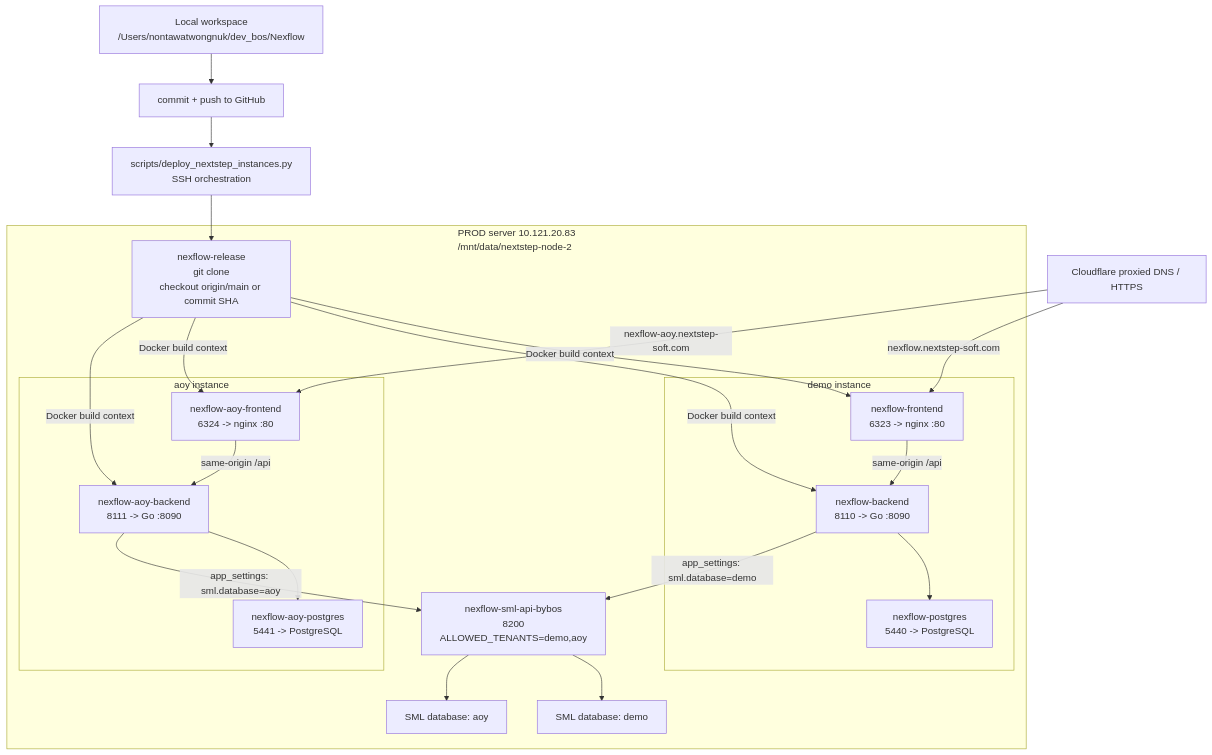
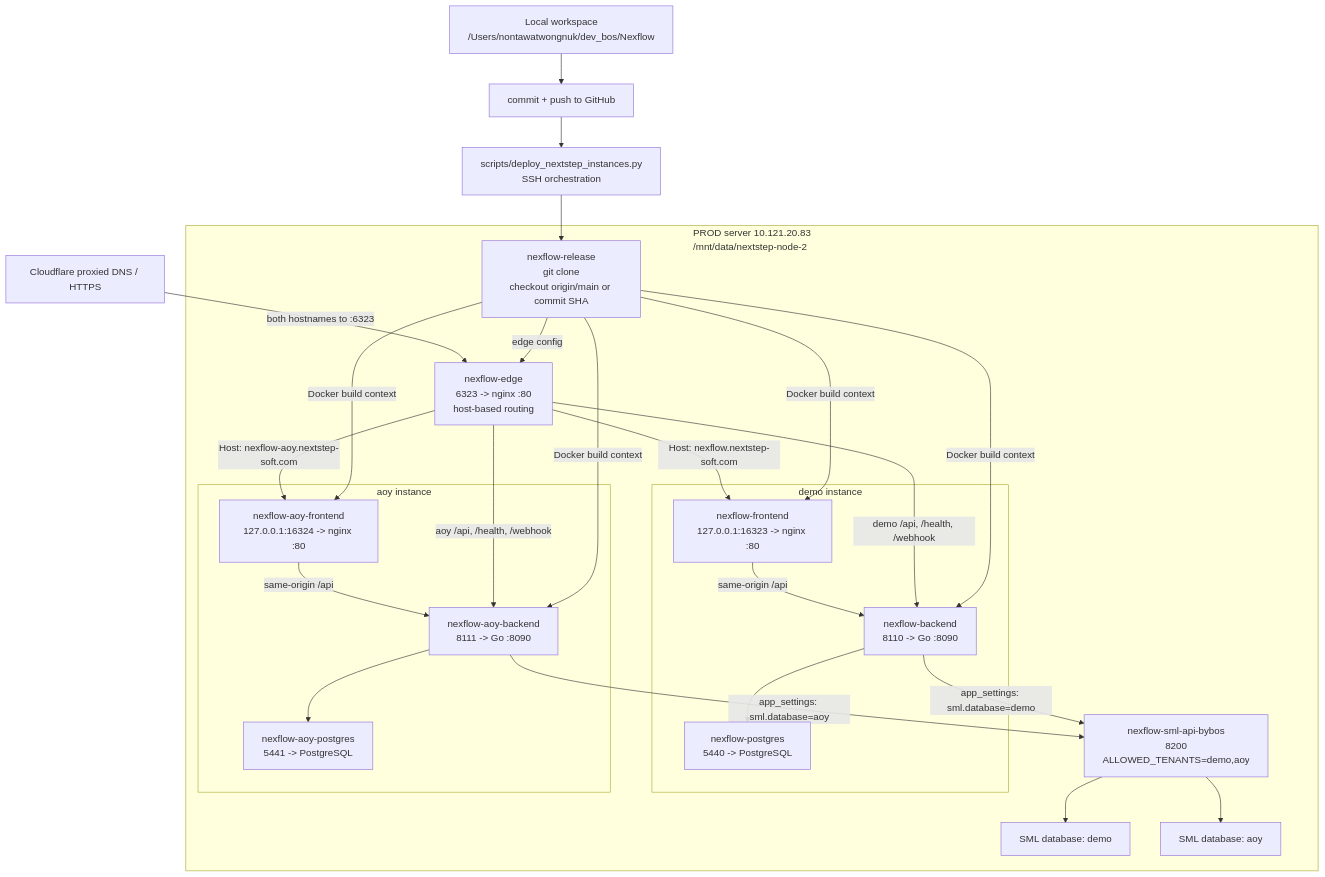
Before and after one commit to bosocmputer/Nexflow: the diagram in docs/nextstep-server-deploy-flow.md, drawn with Mermaid. The commit also changed other lines of this file and 6 other files, not shown here.

Commit message:
Add NextStep edge nginx routing

````diff
--- a/docs/nextstep-server-deploy-flow.md
+++ b/docs/nextstep-server-deploy-flow.md
@@ -29,47 +38,52 @@
 ```mermaid
 flowchart TB
   Dev["Local workspace<br/>/Users/nontawatwongnuk/dev_bos/Nexflow"]
   Commit["commit + push to GitHub"]
   Script["scripts/deploy_nextstep_instances.py<br/>SSH orchestration"]
 
   Dev --> Commit --> Script
 
   subgraph Server["PROD server 10.121.20.83<br/>/mnt/data/nextstep-node-2"]
     Release["nexflow-release<br/>git clone<br/>checkout origin/main or commit SHA"]
+    Edge["nexflow-edge<br/>6323 -> nginx :80<br/>host-based routing"]
 
     subgraph Demo["demo instance"]
-      DemoFE["nexflow-frontend<br/>6323 -> nginx :80"]
+      DemoFE["nexflow-frontend<br/>127.0.0.1:16323 -> nginx :80"]
       DemoBE["nexflow-backend<br/>8110 -> Go :8090"]
       DemoDB["nexflow-postgres<br/>5440 -> PostgreSQL"]
       DemoFE -->|"same-origin /api"| DemoBE
       DemoBE --> DemoDB
     end
 
     subgraph Aoy["aoy instance"]
-      AoyFE["nexflow-aoy-frontend<br/>6324 -> nginx :80"]
+      AoyFE["nexflow-aoy-frontend<br/>127.0.0.1:16324 -> nginx :80"]
       AoyBE["nexflow-aoy-backend<br/>8111 -> Go :8090"]
       AoyDB["nexflow-aoy-postgres<br/>5441 -> PostgreSQL"]
       AoyFE -->|"same-origin /api"| AoyBE
       AoyBE --> AoyDB
     end
 
     SMLAPI["nexflow-sml-api-bybos<br/>8200<br/>ALLOWED_TENANTS=demo,aoy"]
     SMLDemo["SML database: demo"]
     SMLAoy["SML database: aoy"]
 
     DemoBE -->|"app_settings: sml.database=demo"| SMLAPI
     AoyBE -->|"app_settings: sml.database=aoy"| SMLAPI
     SMLAPI --> SMLDemo
     SMLAPI --> SMLAoy
   end
 
   Cloudflare["Cloudflare proxied DNS / HTTPS"]
-  Cloudflare -->|"nexflow.nextstep-soft.com"| DemoFE
-  Cloudflare -->|"nexflow-aoy.nextstep-soft.com"| AoyFE
+  Cloudflare -->|"both hostnames to :6323"| Edge
+  Edge -->|"Host: nexflow.nextstep-soft.com"| DemoFE
+  Edge -->|"Host: nexflow-aoy.nextstep-soft.com"| AoyFE
+  Edge -->|"demo /api, /health, /webhook"| DemoBE
+  Edge -->|"aoy /api, /health, /webhook"| AoyBE
 
   Script --> Release
+  Release -->|"edge config"| Edge
   Release -->|"Docker build context"| DemoFE
   Release -->|"Docker build context"| DemoBE
   Release -->|"Docker build context"| AoyFE
   Release -->|"Docker build context"| AoyBE
 ```
````
